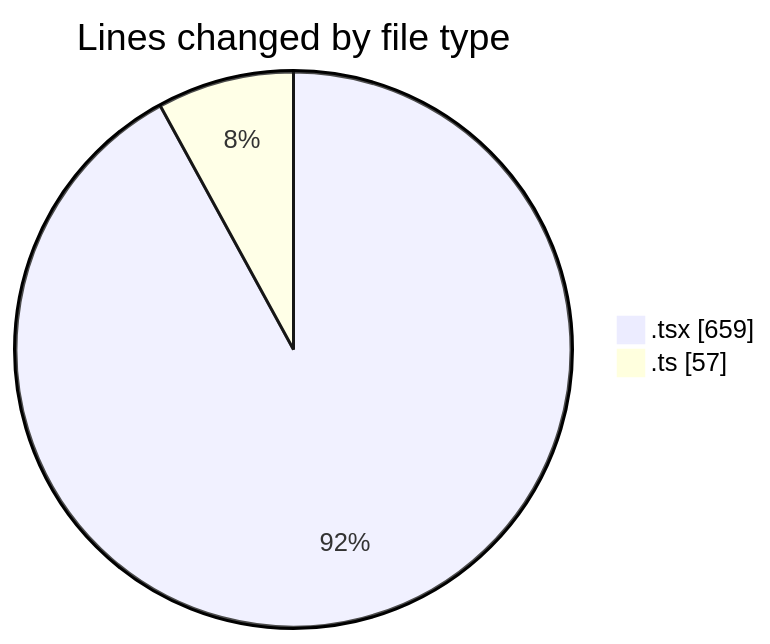
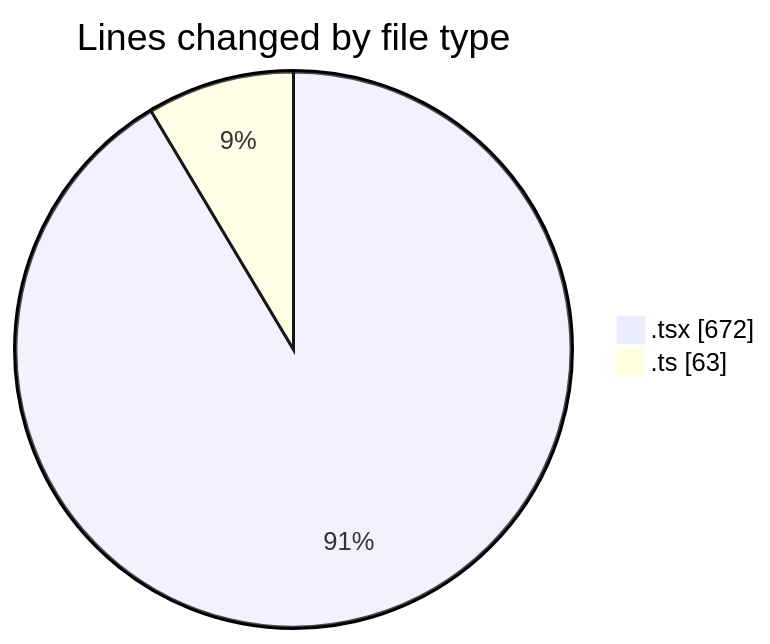
The first of 2 diagrams in 2025-04-02/cda/README.md (momahboobian/code-tracking), drawn with Mermaid before and after one commit. The commit also changed other lines of this file and 1 other file, not shown here.

````diff
--- a/2025-04-02/cda/README.md
+++ b/2025-04-02/cda/README.md
@@ -24,6 +24,6 @@
 ```mermaid
 pie showData
 title Lines changed by file type
-".tsx" : 659
-".ts" : 57
+".tsx" : 672
+".ts" : 63
 ```
````
